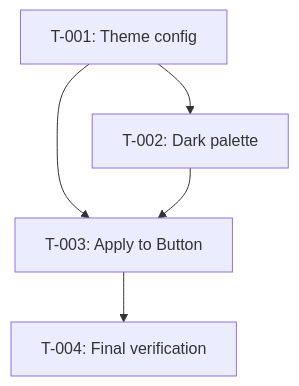
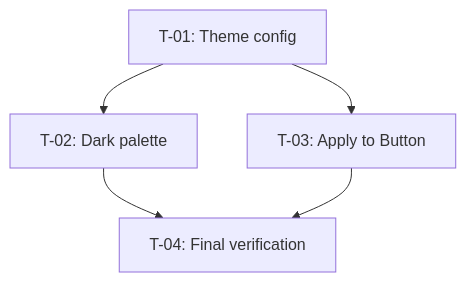
The second of 2 diagrams in skill/atk/ralph-prepare/SKILL.md (rstacruz/agentic-toolkit), drawn with Mermaid before and after one commit. The commit also changed other lines of this file, not shown here.

````diff
--- a/skill/atk/ralph-prepare/SKILL.md
+++ b/skill/atk/ralph-prepare/SKILL.md
@@ -127,12 +127,10 @@
 ```mermaid
 graph TD
-    T001["T-001: Theme config"]
-    T002["T-002: Dark palette"]
-    T003["T-003: Apply to Button"]
-    T004["T-004: Final verification"]
+    T01["T-01: Theme config"]
+    T02["T-02: Dark palette"]
+    T03["T-03: Apply to Button"]
+    T04["T-04: Final verification"]
     
-    T001 --> T002
-    T001 --> T003
-    T002 --> T003
-    T003 --> T004
+    T01 --> T02 & T03
+    T02 & T03 --> T04
 ```
````
